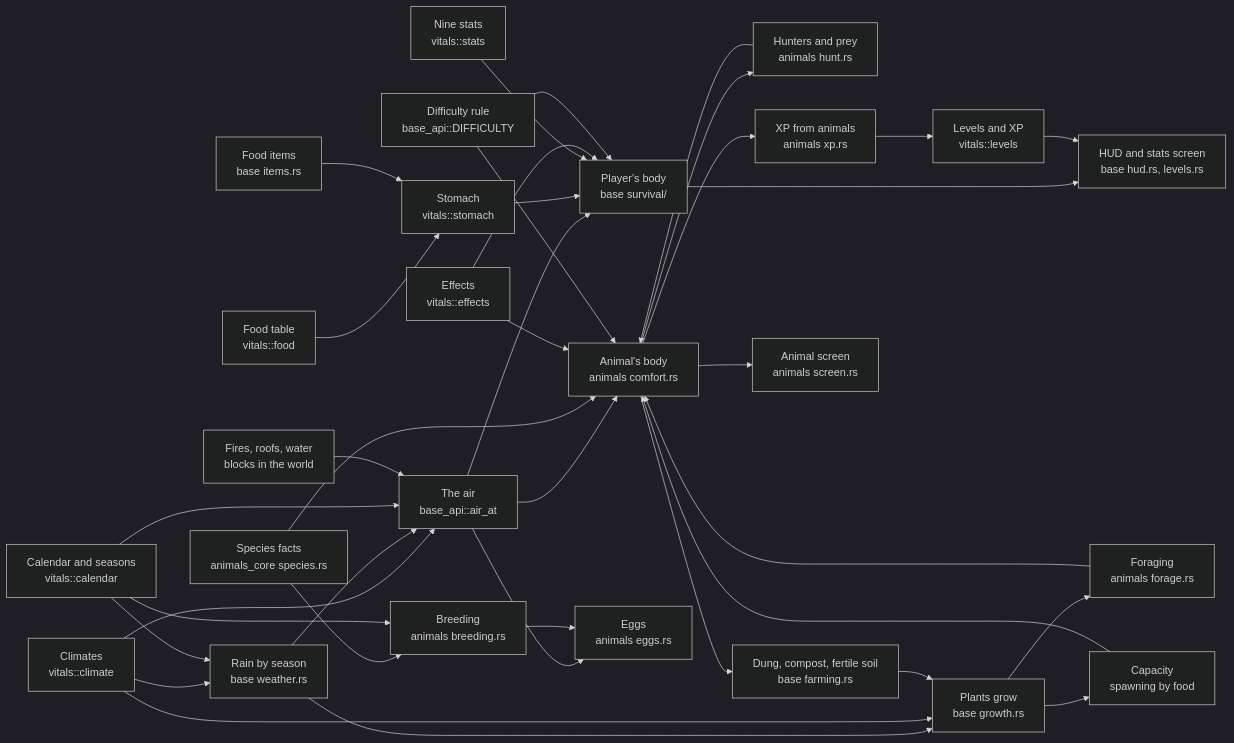
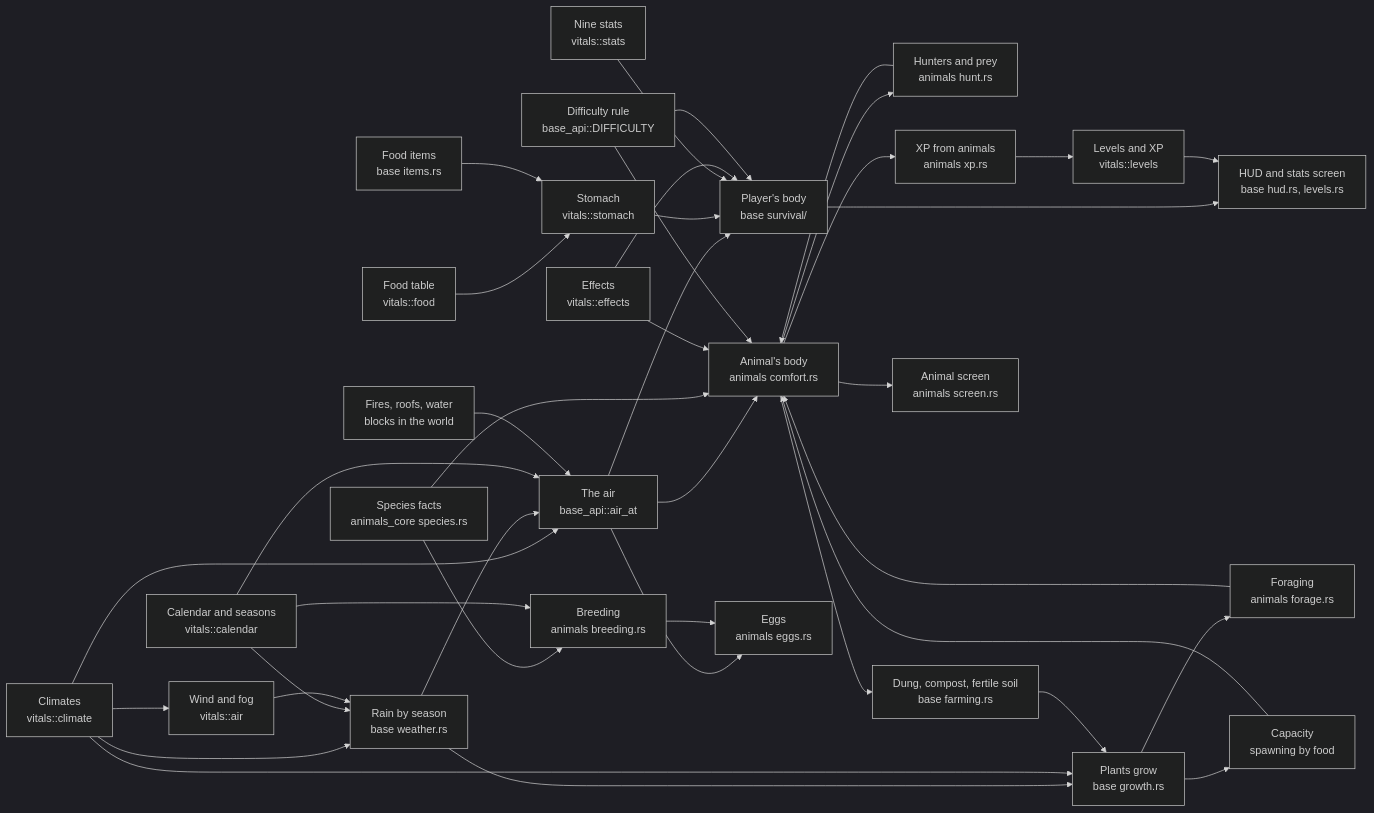
Before and after one commit to ronickg/chiacraft-weft: the diagram in notes/SYSTEMS.md, drawn with Mermaid (dark theme). The commit also changed other lines of this file and 30 other files, not shown here.

First line of the commit message:
Wind and fog: from the real places to the shader pack

````diff
--- a/notes/SYSTEMS.md
+++ b/notes/SYSTEMS.md
@@ -12,38 +12,40 @@
 ```mermaid
 flowchart LR
   climate["Climates<br/>vitals::climate"] --> air["The air<br/>base_api::air_at"]
   climate --> weather["Rain by season<br/>base weather.rs"]
   calendar --> weather
   weather --> air
+  climate --> wind["Wind and fog<br/>vitals::air"]
+  wind --> weather
   weather --> plants["Plants grow<br/>base growth.rs"]
   climate --> plants
   plants --> forage["Foraging<br/>animals forage.rs"]
   forage --> animal
   plants --> capacity["Capacity<br/>spawning by food"]
   animal --> hunting["Hunters and prey<br/>animals hunt.rs"]
   hunting --> animal
   animal --> soil["Dung, compost, fertile soil<br/>base farming.rs"]
   soil --> plants
   capacity --> animal
   calendar["Calendar and seasons<br/>vitals::calendar"] --> air
   fires["Fires, roofs, water<br/>blocks in the world"] --> air
   air --> player["Player's body<br/>base survival/"]
   air --> animal["Animal's body<br/>animals comfort.rs"]
   air --> eggs["Eggs<br/>animals eggs.rs"]
   food["Food table<br/>vitals::food"] --> stomach["Stomach<br/>vitals::stomach"]
   items["Food items<br/>base items.rs"] --> stomach
   stomach --> player
   stats["Nine stats<br/>vitals::stats"] --> player
   species["Species facts<br/>animals_core species.rs"] --> animal
   species --> breeding["Breeding<br/>animals breeding.rs"]
   calendar --> breeding
   breeding --> eggs
   effects["Effects<br/>vitals::effects"] --> player
   effects --> animal
   difficulty["Difficulty rule<br/>base_api::DIFFICULTY"] --> player
   difficulty --> animal
   player --> hud["HUD and stats screen<br/>base hud.rs, levels.rs"]
   levels["Levels and XP<br/>vitals::levels"] --> hud
   animal --> xp["XP from animals<br/>animals xp.rs"] --> levels
   animal --> screen["Animal screen<br/>animals screen.rs"]
 ```
````
